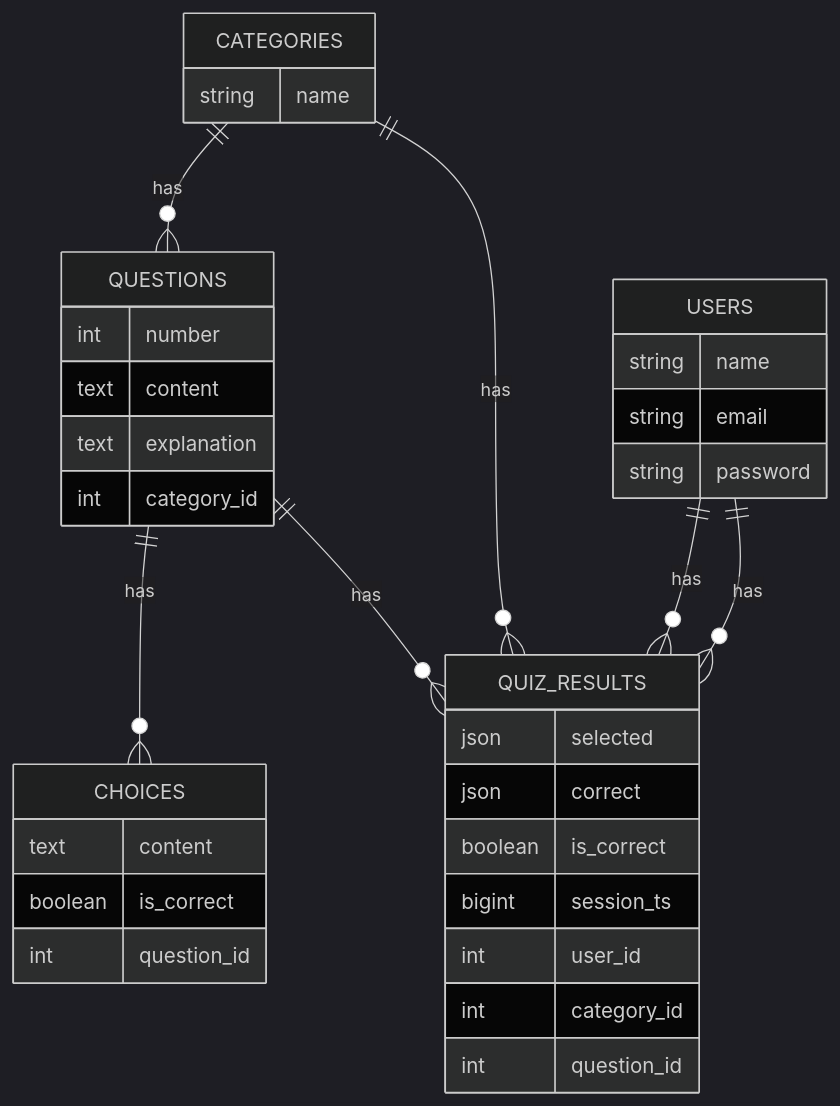
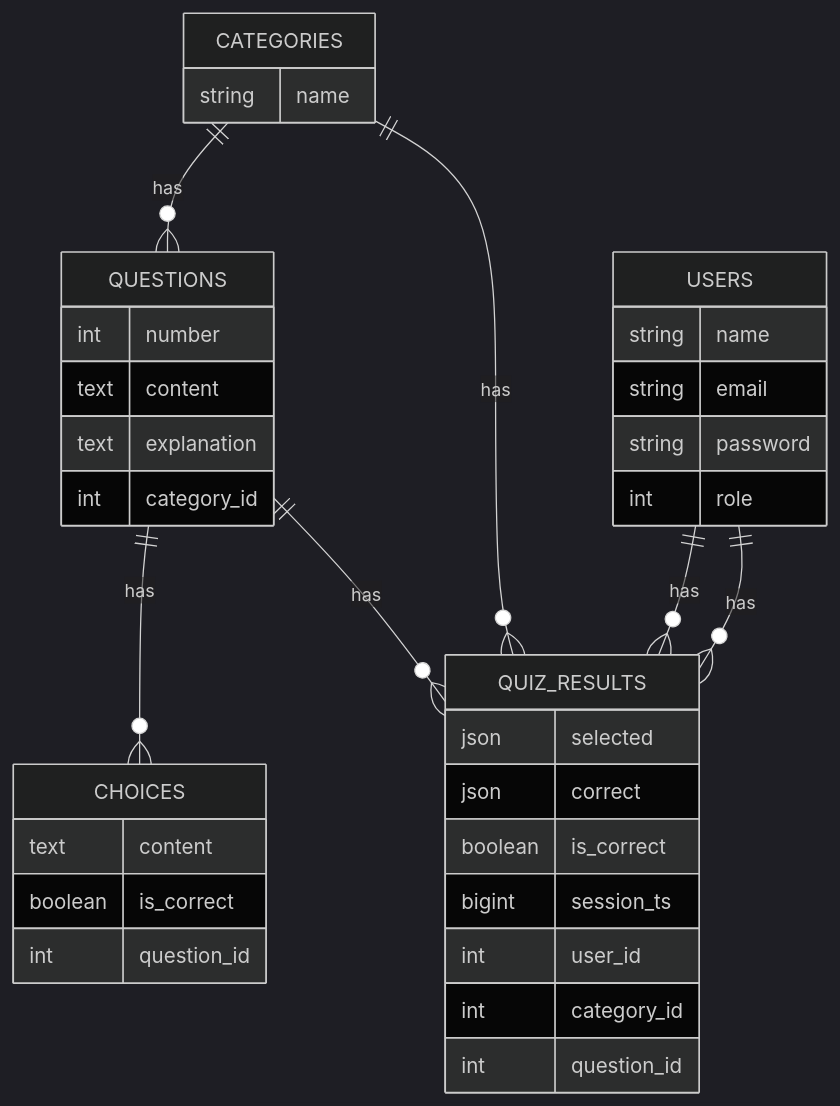
One commit to ChisatoMatoba/Study_for_Ruby_test changed the second of 2 diagrams in README.md. Above: the diagram before and after it, drawn with Mermaid (dark theme). The commit also changed other lines of this file, not shown here.

````diff
--- a/README.md
+++ b/README.md
@@ -74,38 +81,39 @@
 ```mermaid
 erDiagram
     USERS {
         string name
         string email
         string password
+        int role
     }
     CATEGORIES {
         string name
     }
     QUESTIONS {
         int number
         text content
         text explanation
         int category_id
     }
     CHOICES {
         text content
         boolean is_correct
         int question_id
     }
     QUIZ_RESULTS {
         json selected
         json correct
         boolean is_correct
         bigint session_ts
         int user_id
         int category_id
         int question_id
     }
 
     USERS ||--o{ QUIZ_RESULTS : "has"
     CATEGORIES ||--o{ QUESTIONS : "has"
     QUESTIONS ||--o{ CHOICES : "has"
     USERS ||--o{ QUIZ_RESULTS : "has"
     CATEGORIES ||--o{ QUIZ_RESULTS : "has"
     QUESTIONS ||--o{ QUIZ_RESULTS : "has"
 ```
````
